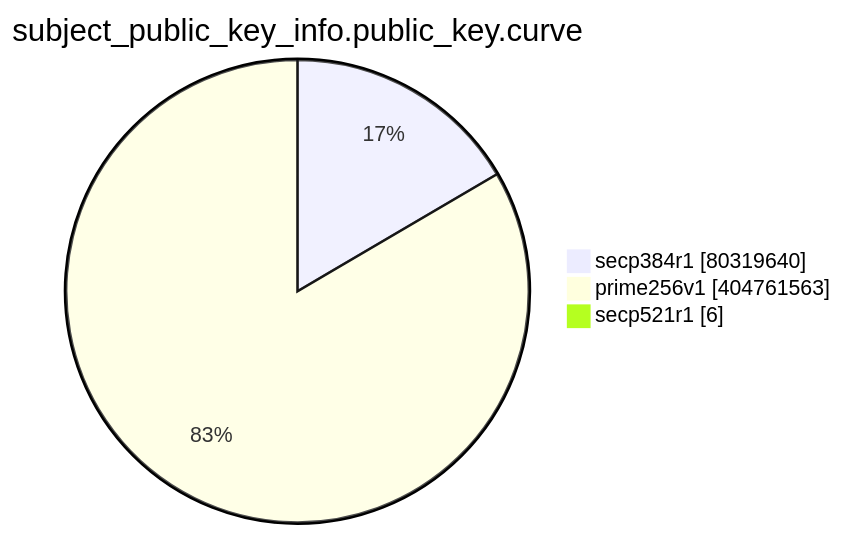
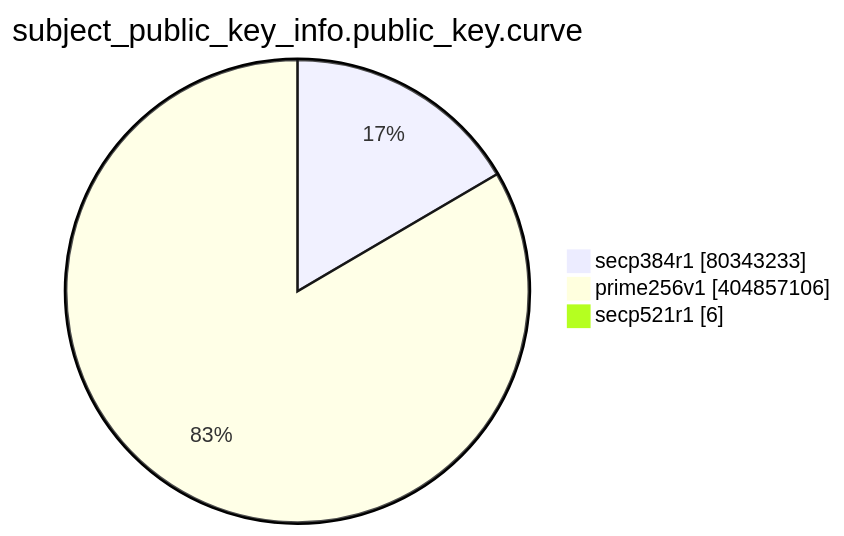
The eighth of 15 diagrams in TOTAL/README.md (christiankrug/ctmonitor_visualization), drawn with Mermaid before and after one commit. The commit also changed other lines of this file, not shown here.

````diff
--- a/TOTAL/README.md
+++ b/TOTAL/README.md
@@ -3095,7 +3095,7 @@
 ```mermaid
 pie showData
 title subject_public_key_info.public_key.curve
-"secp384r1" :80319640
-"prime256v1" :404761563
+"secp384r1" :80343233
+"prime256v1" :404857106
 "secp521r1" :6
 ```
````
